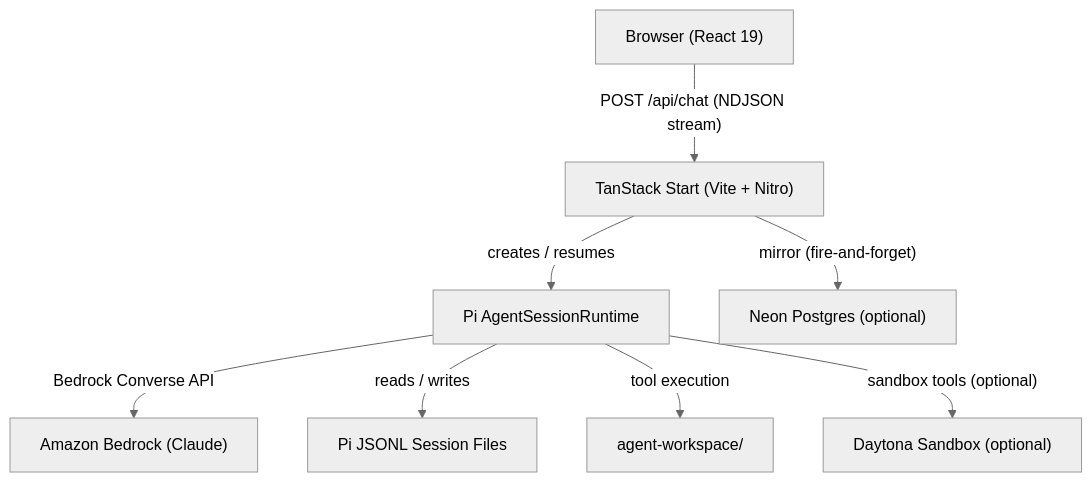
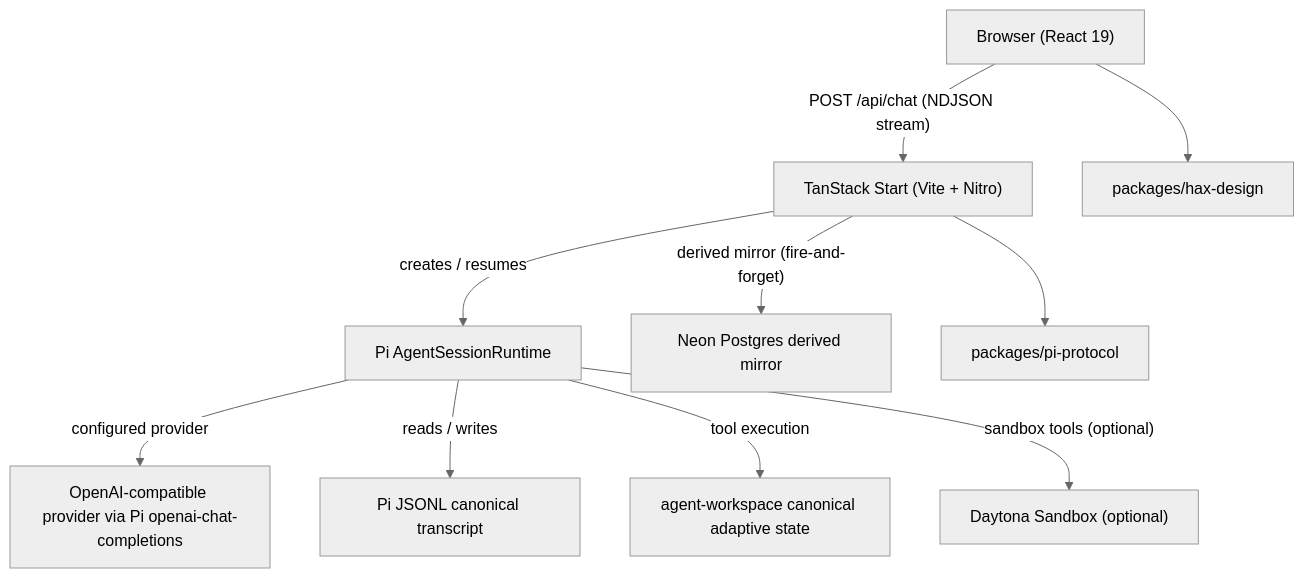
Before and after one commit to Qredence/fleet-pi: the first of 2 diagrams in docs/wiki/overview/architecture.md, drawn with Mermaid (neutral theme). The commit also changed other lines of this file and 32 other files, not shown here.

````diff
--- a/docs/wiki/overview/architecture.md
+++ b/docs/wiki/overview/architecture.md
@@ -7,19 +7,23 @@
 ```mermaid
 graph TD
     Browser["Browser (React 19)"]
     TanStackStart["TanStack Start (Vite + Nitro)"]
     PiRuntime["Pi AgentSessionRuntime"]
-    Bedrock["Amazon Bedrock (Claude)"]
-    PiSession["Pi JSONL Session Files"]
-    NeonPG["Neon Postgres (optional)"]
+    Provider["OpenAI-compatible provider via Pi openai-chat-completions"]
+    PiSession["Pi JSONL canonical transcript"]
+    NeonPG["Neon Postgres derived mirror"]
     Daytona["Daytona Sandbox (optional)"]
-    AgentWS["agent-workspace/"]
+    AgentWS["agent-workspace canonical adaptive state"]
+    Protocol["packages/pi-protocol"]
+    Hax["packages/hax-design"]
 
     Browser -- "POST /api/chat (NDJSON stream)" --> TanStackStart
     TanStackStart -- "creates / resumes" --> PiRuntime
-    PiRuntime -- "Bedrock Converse API" --> Bedrock
+    PiRuntime -- "configured provider" --> Provider
     PiRuntime -- "reads / writes" --> PiSession
     PiRuntime -- "tool execution" --> AgentWS
-    TanStackStart -- "mirror (fire-and-forget)" --> NeonPG
+    TanStackStart -- "derived mirror (fire-and-forget)" --> NeonPG
     PiRuntime -- "sandbox tools (optional)" --> Daytona
+    TanStackStart --> Protocol
+    Browser --> Hax
 ```
````
